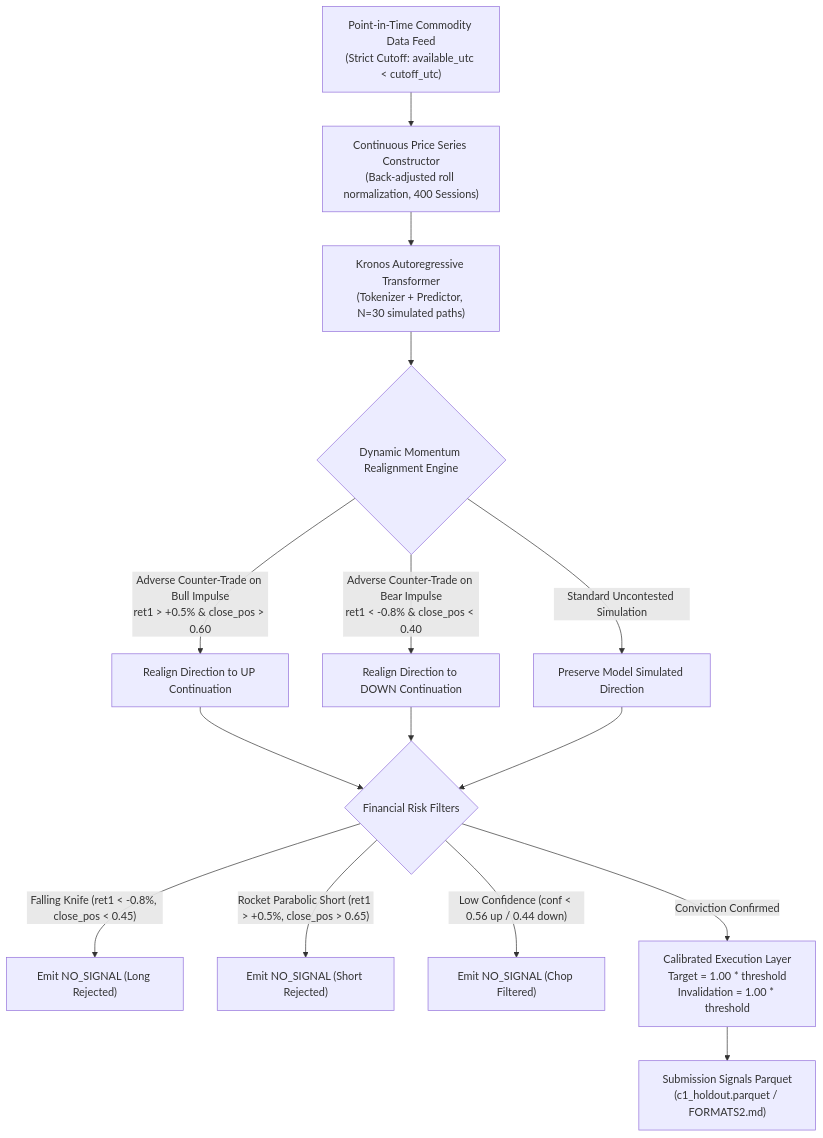
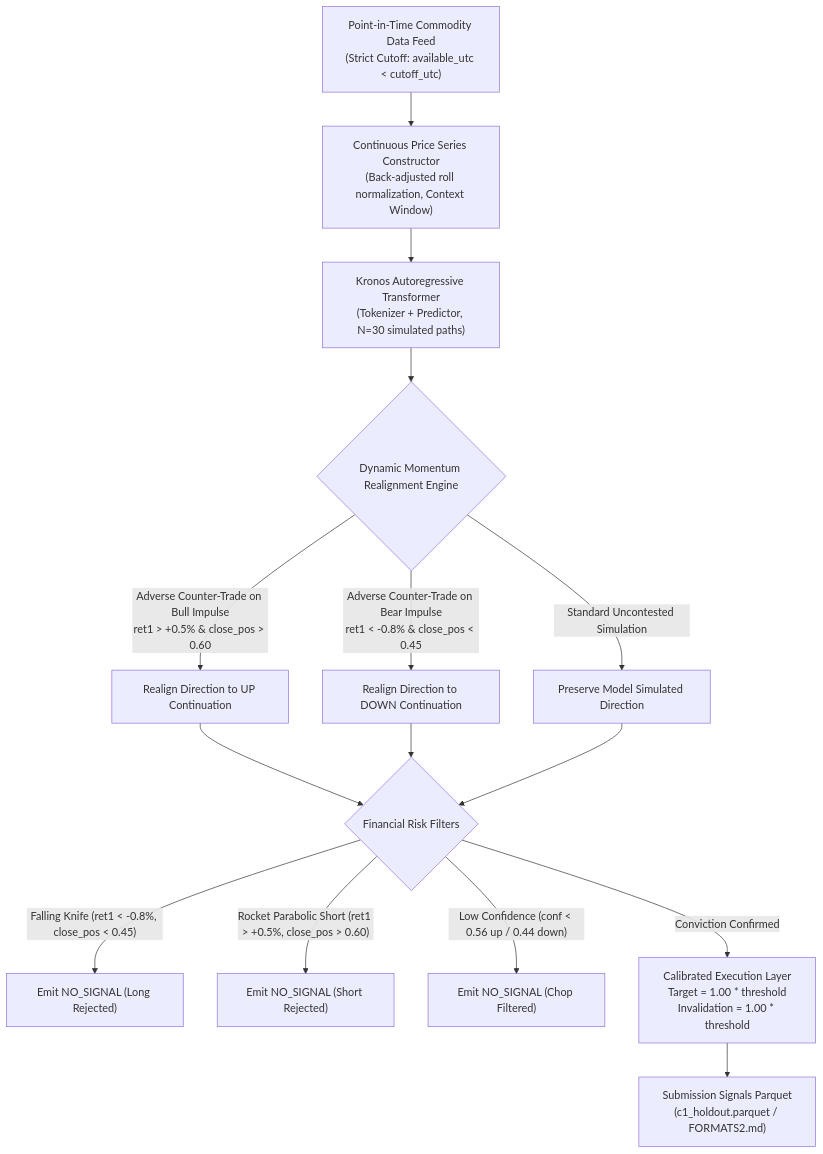
The diagram in README.md (9553943884pavan-alt/Rinnegan_Forecasts), drawn with Mermaid before and after one commit. The commit also changed other lines of this file and 10 other files, not shown here.

````diff
--- a/README.md
+++ b/README.md
@@ -34,17 +34,18 @@
 ```mermaid
 graph TD
-    A["Point-in-Time Commodity Data Feed<br/>(Strict Cutoff: available_utc < cutoff_utc)"] --> B["Continuous Price Series Constructor<br/>(Back-adjusted roll normalization, 400 Sessions)"]
+    A["Point-in-Time Commodity Data Feed<br/>(Strict Cutoff: available_utc < cutoff_utc)"] --> B["Continuous Price Series Constructor<br/>(Back-adjusted roll normalization, Context Window)"]
     B --> C["Kronos Autoregressive Transformer<br/>(Tokenizer + Predictor, N=30 simulated paths)"]
-    C --> D{"Dynamic Momentum Realignment Engine"}
+    D{"Dynamic Momentum Realignment Engine"}
+    C --> D
     D -->|"Adverse Counter-Trade on Bull Impulse<br/>ret1 > +0.5% & close_pos > 0.60"| E["Realign Direction to UP Continuation"]
-    D -->|"Adverse Counter-Trade on Bear Impulse<br/>ret1 < -0.8% & close_pos < 0.40"| F["Realign Direction to DOWN Continuation"]
+    D -->|"Adverse Counter-Trade on Bear Impulse<br/>ret1 < -0.8% & close_pos < 0.45"| F["Realign Direction to DOWN Continuation"]
     D -->|"Standard Uncontested Simulation"| G["Preserve Model Simulated Direction"]
     E --> H{"Financial Risk Filters"}
     F --> H
     G --> H
     H -->|"Falling Knife (ret1 < -0.8%, close_pos < 0.45)"| I["Emit NO_SIGNAL (Long Rejected)"]
-    H -->|"Rocket Parabolic Short (ret1 > +0.5%, close_pos > 0.65)"| J["Emit NO_SIGNAL (Short Rejected)"]
+    H -->|"Rocket Parabolic Short (ret1 > +0.5%, close_pos > 0.60)"| J["Emit NO_SIGNAL (Short Rejected)"]
     H -->|"Low Confidence (conf < 0.56 up / 0.44 down)"| K["Emit NO_SIGNAL (Chop Filtered)"]
     H -->|"Conviction Confirmed"| L["Calibrated Execution Layer<br/>Target = 1.00 * threshold<br/>Invalidation = 1.00 * threshold"]
     L --> M["Submission Signals Parquet<br/>(c1_holdout.parquet / FORMATS2.md)"]
 ```
````
